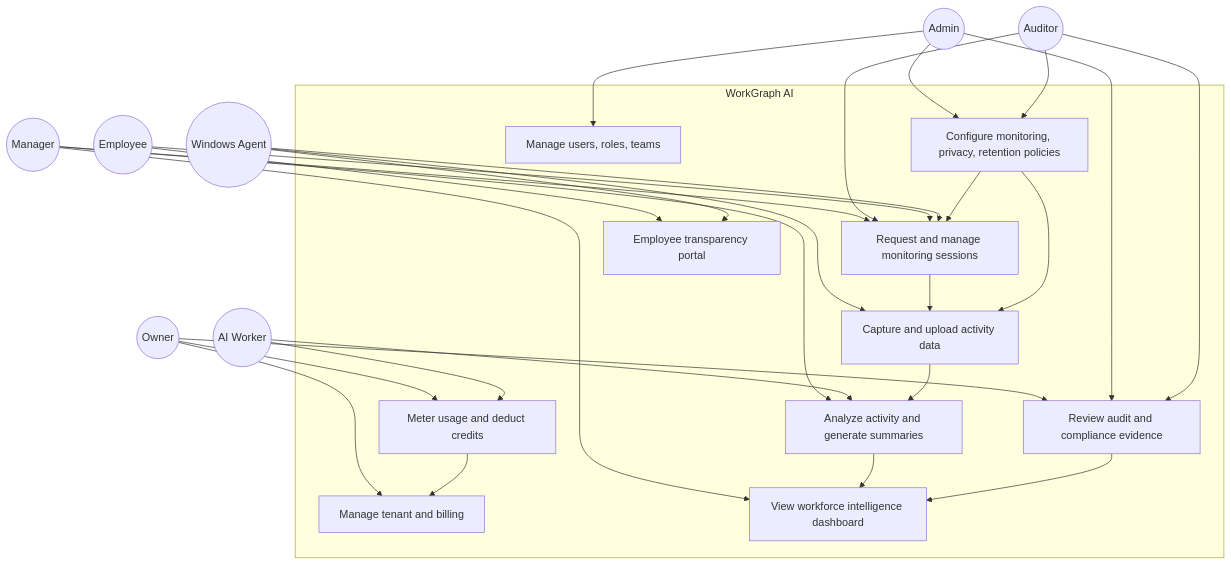
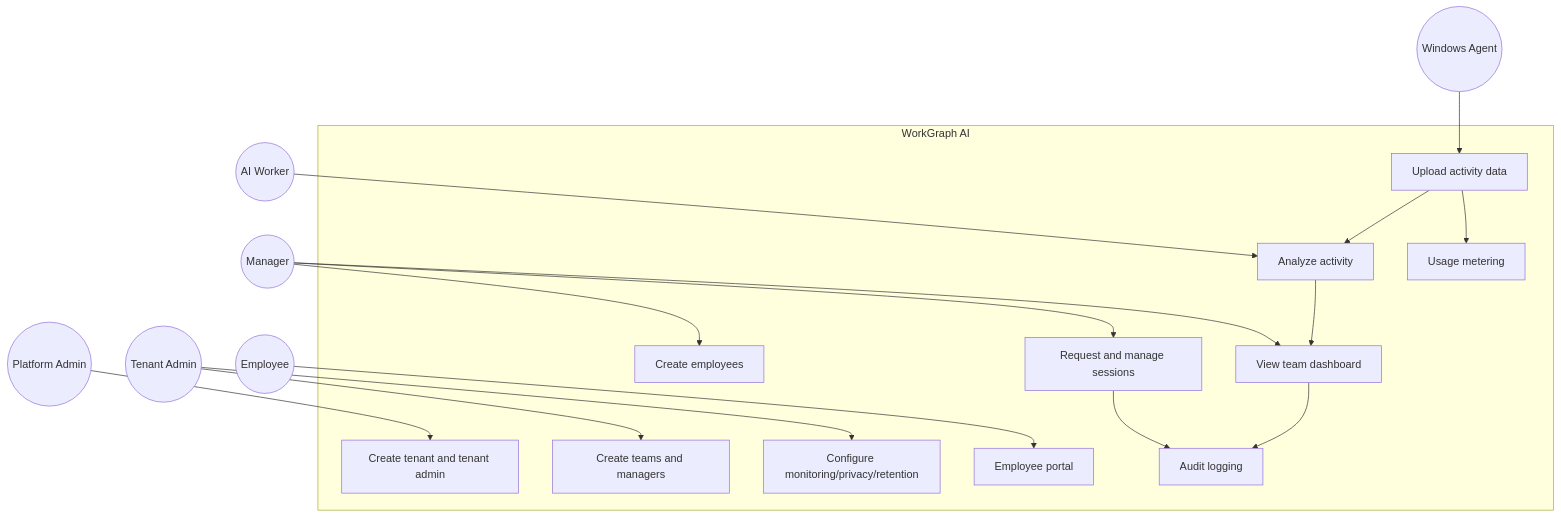
The seventh of 7 diagrams in docs/architecture/use-case-diagrams.md (raminamoly/WorkGraph-AI), drawn with Mermaid before and after one commit. The commit also changed other lines of this file, not shown here.

Commit message:
Simplify use case diagrams to MVP user hierarchy

````diff
--- a/docs/architecture/use-case-diagrams.md
+++ b/docs/architecture/use-case-diagrams.md
@@ -782,57 +312,38 @@
 ```mermaid
 flowchart TB
-    Owner((Owner))
-    Admin((Admin))
+    PlatformAdmin((Platform Admin))
+    TenantAdmin((Tenant Admin))
     Manager((Manager))
-    Auditor((Auditor))
     Employee((Employee))
     Agent((Windows Agent))
     AIWorker((AI Worker))
 
     subgraph Platform[WorkGraph AI]
-        Tenant[Manage tenant and billing]
-        Users[Manage users, roles, teams]
-        Policies[Configure monitoring, privacy, retention policies]
-        Sessions[Request and manage monitoring sessions]
-        Transparency[Employee transparency portal]
-        Ingestion[Capture and upload activity data]
-        Analysis[Analyze activity and generate summaries]
-        Dashboard[View workforce intelligence dashboard]
-        Audit[Review audit and compliance evidence]
-        Billing[Meter usage and deduct credits]
+        Tenant[Create tenant and tenant admin]
+        Setup[Create teams and managers]
+        Policy[Configure monitoring/privacy/retention]
+        People[Create employees]
+        Sessions[Request and manage sessions]
+        Ingestion[Upload activity data]
+        Analysis[Analyze activity]
+        Dashboard[View team dashboard]
+        Transparency[Employee portal]
+        Billing[Usage metering]
+        Audit[Audit logging]
     end
 
-    Owner --> Tenant
-    Owner --> Billing
-    Owner --> Audit
-
-    Admin --> Users
-    Admin --> Policies
-    Admin --> Audit
-
+    PlatformAdmin --> Tenant
+    TenantAdmin --> Setup
+    TenantAdmin --> Policy
+    Manager --> People
     Manager --> Sessions
     Manager --> Dashboard
-    Manager --> Analysis
-
-    Auditor --> Audit
-    Auditor --> Sessions
-    Auditor --> Policies
-
     Employee --> Transparency
-    Employee --> Sessions
-
     Agent --> Ingestion
-    Agent --> Sessions
-    Agent --> Transparency
-
     AIWorker --> Analysis
-    AIWorker --> Billing
-
+    Analysis --> Dashboard
     Ingestion --> Analysis
-    Sessions --> Ingestion
-    Analysis --> Dashboard
-    Policies --> Sessions
-    Policies --> Ingestion
-    Audit --> Dashboard
-    Billing --> Tenant
+    Ingestion --> Billing
+    Sessions --> Audit
+    Dashboard --> Audit
 ```
````
